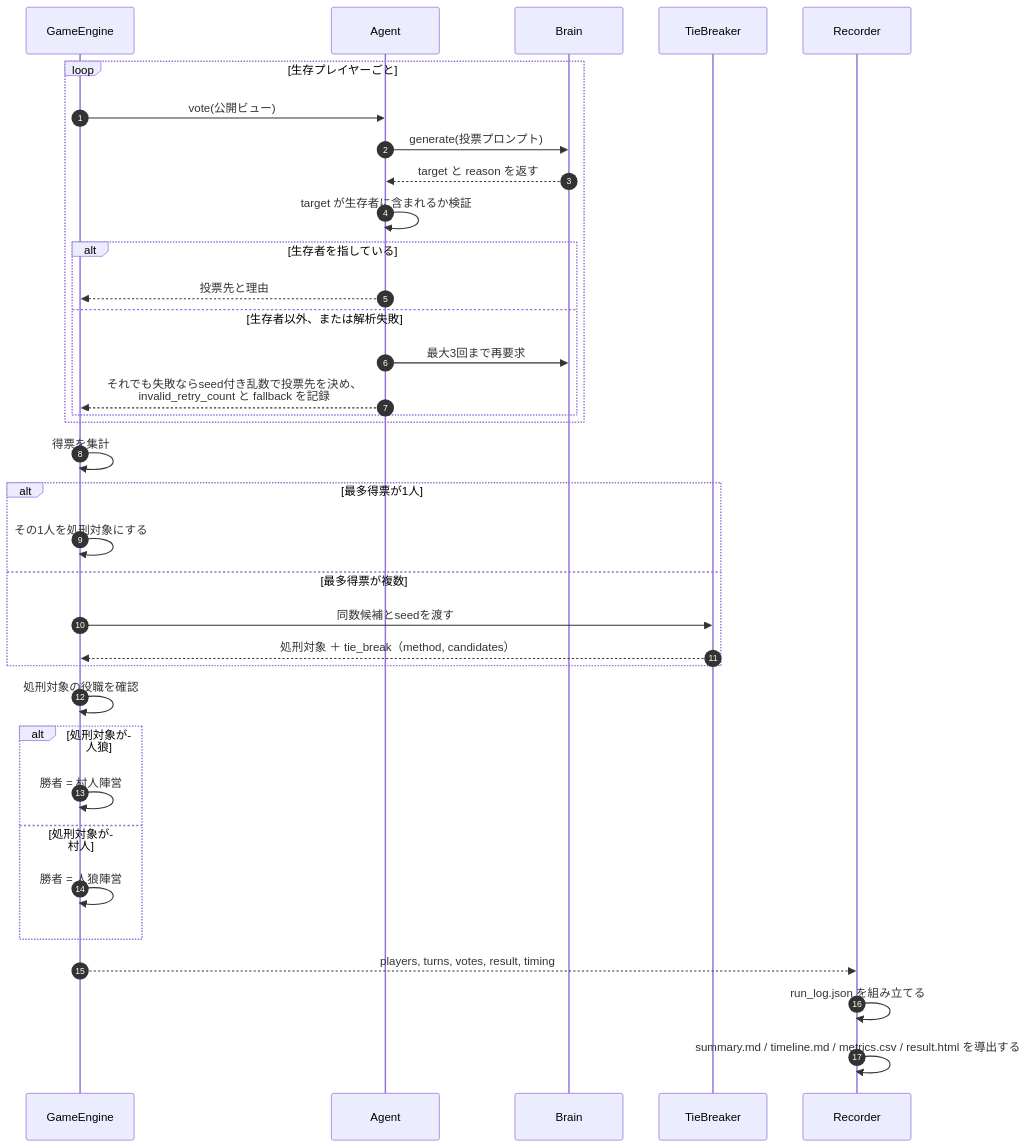
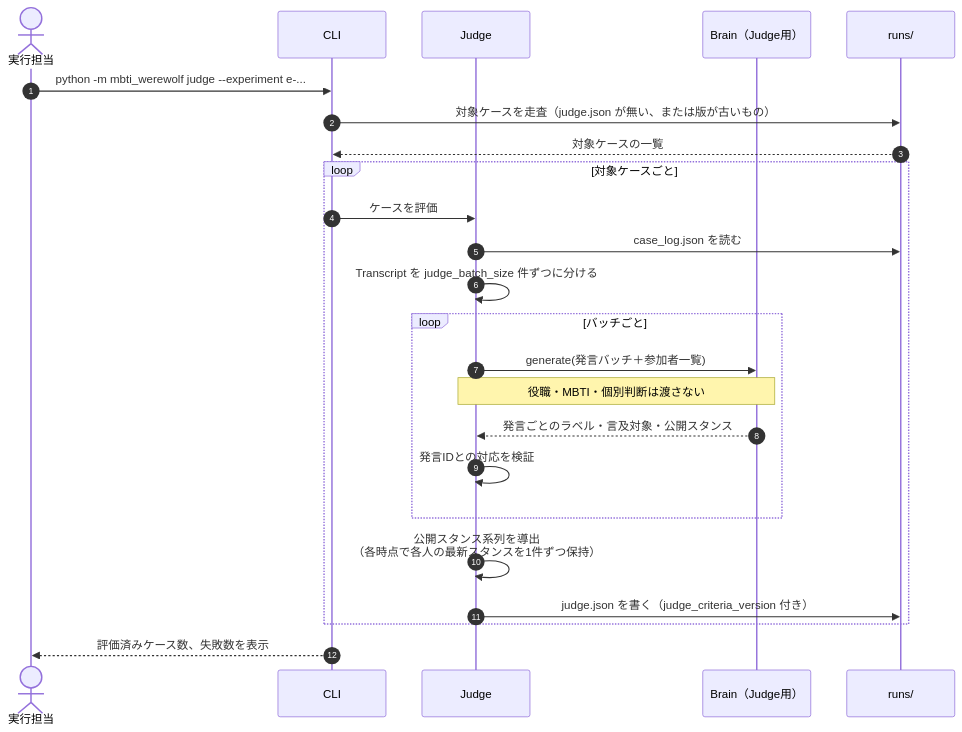
The fifth of 11 diagrams in docs/design.md (ziriss8120121/hackathon-test), drawn with Mermaid before and after one commit. The commit also changed other lines of this file and 2 other files, not shown here.

````diff
--- a/docs/design.md
+++ b/docs/design.md
@@ -296,41 +509,27 @@
 ```mermaid
 sequenceDiagram
     autonumber
-    participant E as GameEngine
-    participant A as Agent
-    participant B as Brain
-    participant T as TieBreaker
-    participant REC as Recorder
+    actor U as 実行担当
+    participant CLI as CLI
+    participant J as Judge
+    participant B as Brain（Judge用）
+    participant FS as runs/
 
-    loop 生存プレイヤーごと
-        E->>A: vote(公開ビュー)
-        A->>B: generate(投票プロンプト)
-        B-->>A: target と reason を返す
-        A->>A: target が生存者に含まれるか検証
-        alt 生存者を指している
-            A-->>E: 投票先と理由
-        else 生存者以外、または解析失敗
-            A->>B: 最大3回まで再要求
-            A-->>E: それでも失敗ならseed付き乱数で投票先を決め、<br/>invalid_retry_count と fallback を記録
+    U->>CLI: python -m mbti_werewolf judge --experiment e-...
+    CLI->>FS: 対象ケースを走査（judge.json が無い、または版が古いもの）
+    FS-->>CLI: 対象ケースの一覧
+    loop 対象ケースごと
+        CLI->>J: ケースを評価
+        J->>FS: case_log.json を読む
+        J->>J: Transcript を judge_batch_size 件ずつに分ける
+        loop バッチごと
+            J->>B: generate(発言バッチ＋参加者一覧)
+            Note over J,B: 役職・MBTI・個別判断は渡さない
+            B-->>J: 発言ごとのラベル・言及対象・公開スタンス
+            J->>J: 発言IDとの対応を検証
         end
+        J->>J: 公開スタンス系列を導出<br/>（各時点で各人の最新スタンスを1件ずつ保持）
+        J->>FS: judge.json を書く（judge_criteria_version 付き）
     end
-
-    E->>E: 得票を集計
-    alt 最多得票が1人
-        E->>E: その1人を処刑対象にする
-    else 最多得票が複数
-        E->>T: 同数候補とseedを渡す
-        T-->>E: 処刑対象 ＋ tie_break（method, candidates）
-    end
-
-    E->>E: 処刑対象の役職を確認
-    alt 処刑対象が人狼
-        E->>E: 勝者 = 村人陣営
-    else 処刑対象が村人
-        E->>E: 勝者 = 人狼陣営
-    end
-
-    E-->>REC: players, turns, votes, result, timing
-    REC->>REC: run_log.json を組み立てる
-    REC->>REC: summary.md / timeline.md / metrics.csv / result.html を導出する
+    CLI-->>U: 評価済みケース数、失敗数を表示
 ```
````
